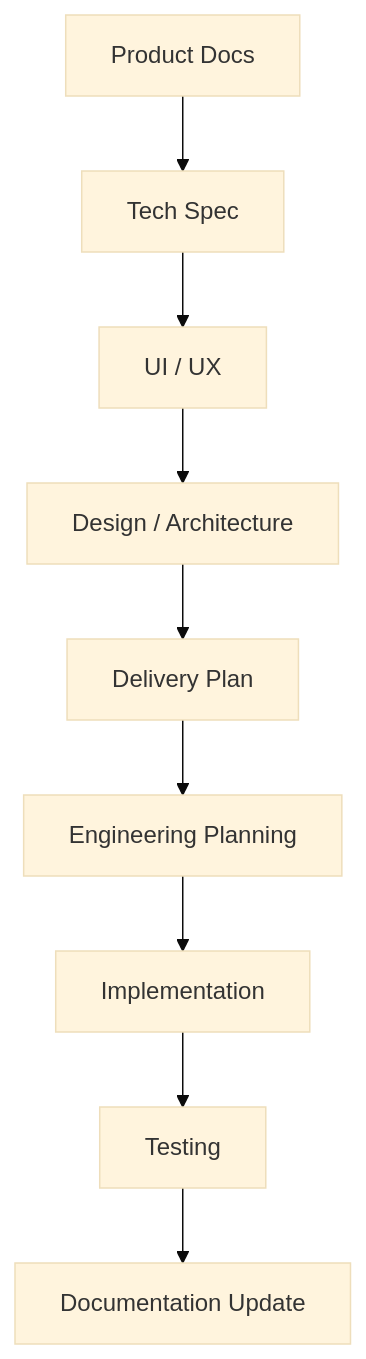
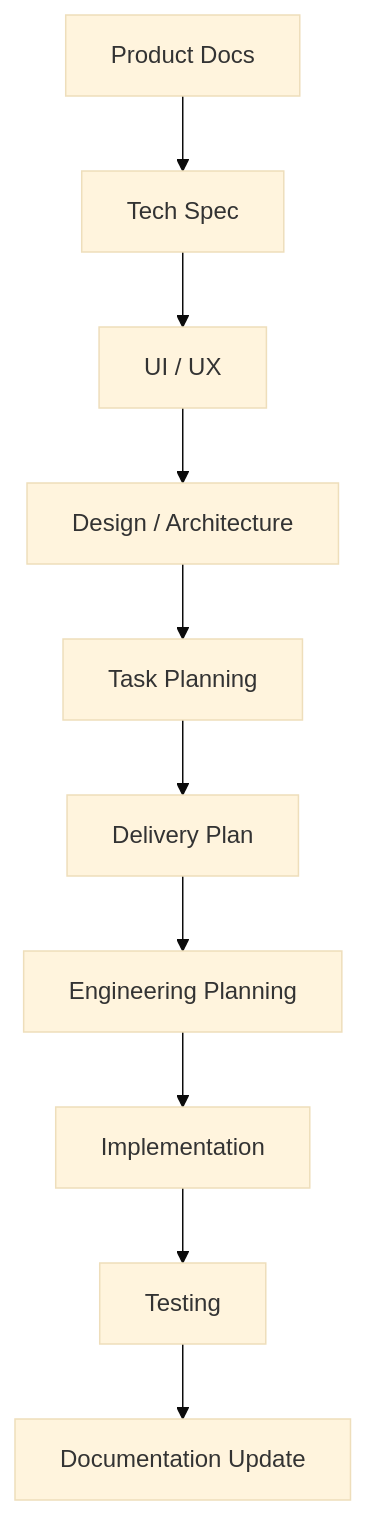
The third of 5 diagrams in docs/99-ai-rules/AI_DEVELOPMENT_WORKFLOW.md (Amal-Makwana/PersonalAssistant), drawn with Mermaid (base theme) before and after one commit. The commit also changed other lines of this file and 91 other files, not shown here.

Commit message:
Refactor docs workflow with canonical contracts and task planning phase

````diff
--- a/docs/99-ai-rules/AI_DEVELOPMENT_WORKFLOW.md
+++ b/docs/99-ai-rules/AI_DEVELOPMENT_WORKFLOW.md
@@ -189,11 +193,12 @@
 ```mermaid
 flowchart TD
     A[Product Docs] --> B[Tech Spec]
     B --> C[UI / UX]
     C --> D[Design / Architecture]
-    D --> E[Delivery Plan]
-    E --> F[Engineering Planning]
-    F --> G[Implementation]
-    G --> H[Testing]
-    H --> I[Documentation Update]
+    D --> E[Task Planning]
+    E --> F[Delivery Plan]
+    F --> G[Engineering Planning]
+    G --> H[Implementation]
+    H --> I[Testing]
+    I --> J[Documentation Update]
 ```
````
